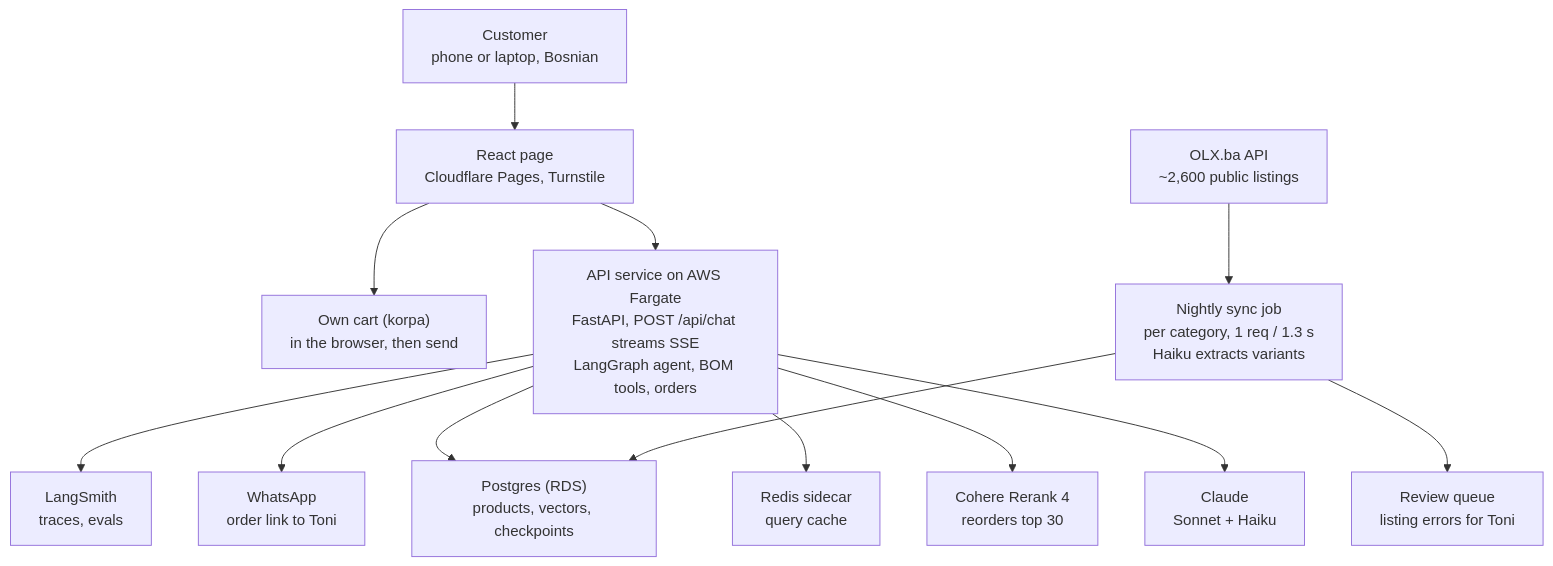
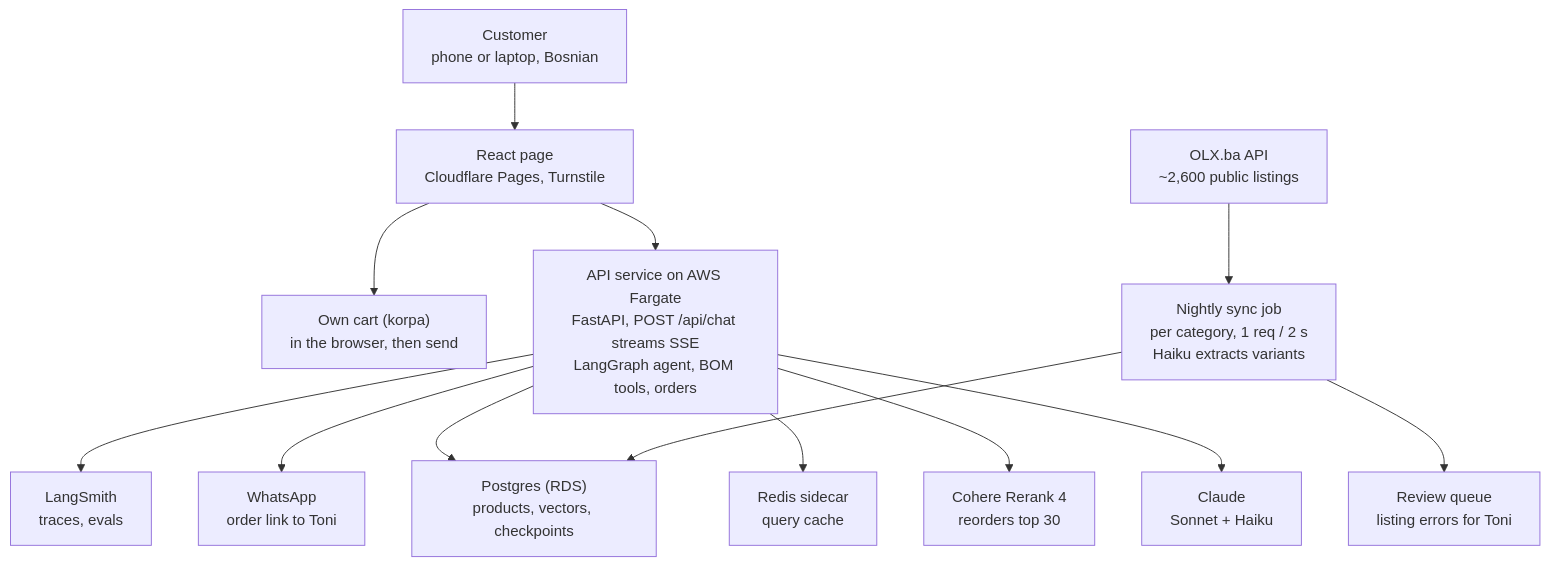
One commit to tstampfel/martom-ai changed the first of 2 diagrams in docs/PLAN.md. Above: the diagram before and after it, drawn with Mermaid. The commit also changed other lines of this file and 1 other file, not shown here.

````diff
--- a/docs/PLAN.md
+++ b/docs/PLAN.md
@@ -60,15 +60,15 @@
 ```mermaid
 flowchart TB
     customer["Customer<br/>phone or laptop, Bosnian"] --> page["React page<br/>Cloudflare Pages, Turnstile"]
     page --> cart["Own cart (korpa)<br/>in the browser, then send"]
     page --> api["API service on AWS Fargate<br/>FastAPI, POST /api/chat streams SSE<br/>LangGraph agent, BOM tools, orders"]
     api --> langsmith["LangSmith<br/>traces, evals"]
     api --> wa["WhatsApp<br/>order link to Toni"]
     api --> pg["Postgres (RDS)<br/>products, vectors, checkpoints"]
     api --> redis["Redis sidecar<br/>query cache"]
     api --> cohere["Cohere Rerank 4<br/>reorders top 30"]
     api --> claude["Claude<br/>Sonnet + Haiku"]
-    olx["OLX.ba API<br/>~2,600 public listings"] --> sync["Nightly sync job<br/>per category, 1 req / 1.3 s<br/>Haiku extracts variants"]
+    olx["OLX.ba API<br/>~2,600 public listings"] --> sync["Nightly sync job<br/>per category, 1 req / 2 s<br/>Haiku extracts variants"]
     sync --> pg
     sync --> review["Review queue<br/>listing errors for Toni"]
 ```
````
